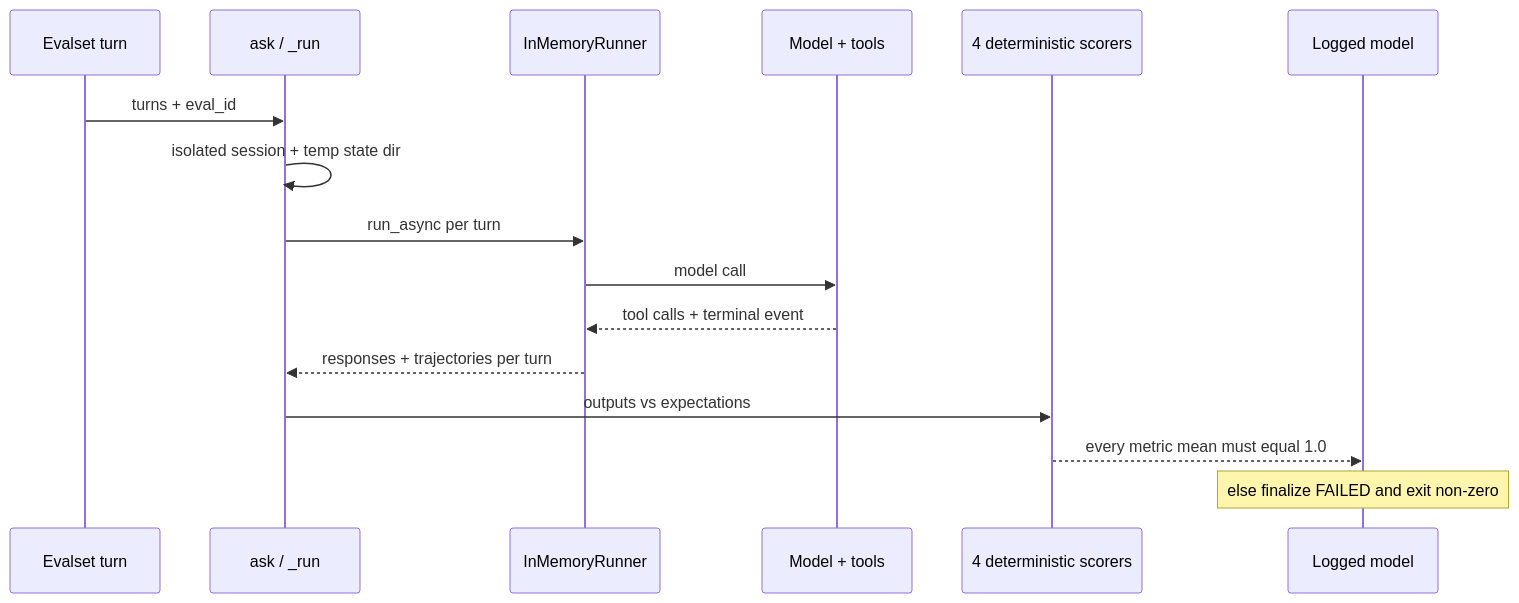
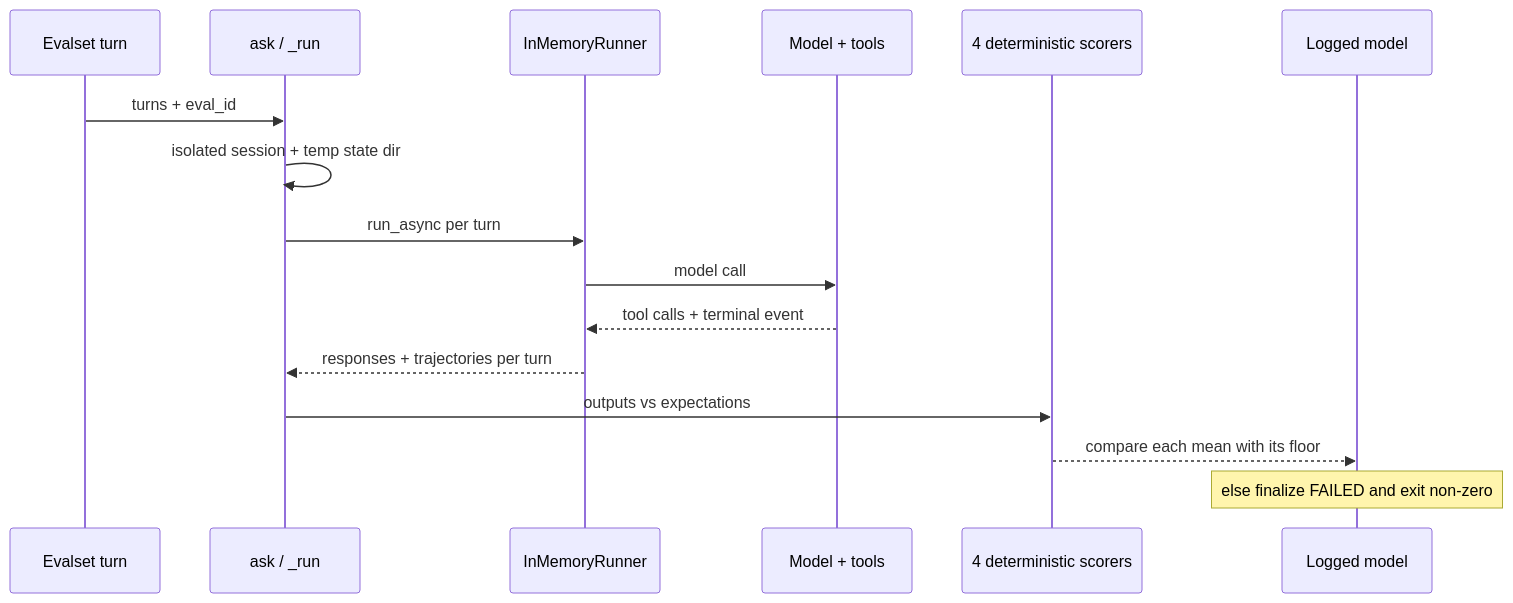
The first of 4 diagrams in docs/4. Quality/4.4. Evaluations.md (LuiGGi629/agentops-open-course), drawn with Mermaid before and after one commit. The commit also changed other lines of this file and 121 other files, not shown here.

````diff
--- a/docs/4. Quality/4.4. Evaluations.md
+++ b/docs/4. Quality/4.4. Evaluations.md
@@ -226,18 +243,18 @@
 ```mermaid
 sequenceDiagram
     participant Row as Evalset turn
     participant Ask as ask / _run
     participant Runner as InMemoryRunner
     participant Model as Model + tools
     participant Scorers as 4 deterministic scorers
     participant Logged as Logged model
     Row->>Ask: turns + eval_id
     Ask->>Ask: isolated session + temp state dir
     Ask->>Runner: run_async per turn
     Runner->>Model: model call
     Model-->>Runner: tool calls + terminal event
     Runner-->>Ask: responses + trajectories per turn
     Ask->>Scorers: outputs vs expectations
-    Scorers-->>Logged: every metric mean must equal 1.0
+    Scorers-->>Logged: compare each mean with its floor
     Note over Logged: else finalize FAILED and exit non-zero
 ```
````
